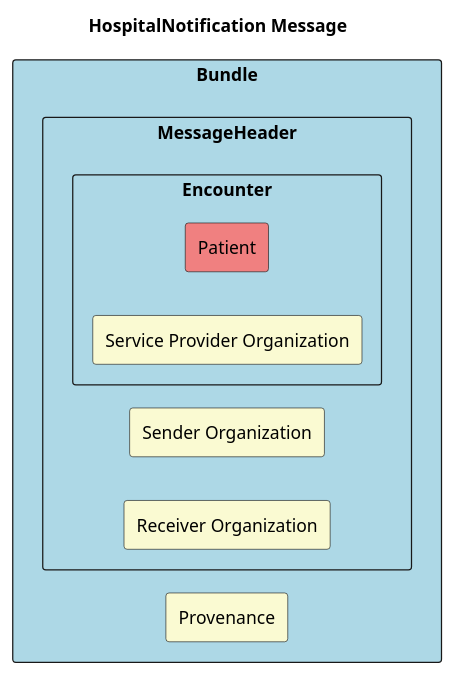
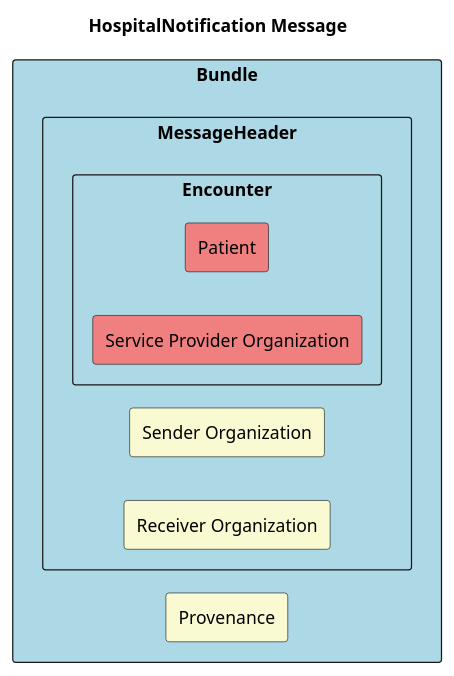
The diagram in puml/TestSimpleDiagram.puml (tmsMedcom/GitHubPagesTest), drawn with PlantUML before and after one commit. The commit also changed 5 other files, not shown here.

```diff
--- a/puml/TestSimpleDiagram.puml
+++ b/puml/TestSimpleDiagram.puml
@@ -1,27 +1,25 @@
 @startuml testSimpleDiagram
 
 left to right direction
 'title
 title HospitalNotification Message
 
 'Message 1: New message
 
 rectangle Bundle as "Bundle" #LightBlue{
     rectangle messageHeader as "MessageHeader" #LightBlue{
         rectangle encounter as "Encounter" #LightBlue{
             rectangle patient as "Patient" #LightCoral{
             }
-            rectangle service as "Service Provider Organization" #LightGoldenRodYellow{
+            rectangle service as "Service Provider Organization" #LightCoral{
             }
         }
         rectangle sender as "Sender Organization" #LightGoldenRodYellow{
         }
         rectangle receiver as "Receiver Organization" #LightGoldenRodYellow{
         }
     }
     rectangle provenance as "Provenance" #LightGoldenRodYellow{
     }
 }
-
-
 @enduml
```
